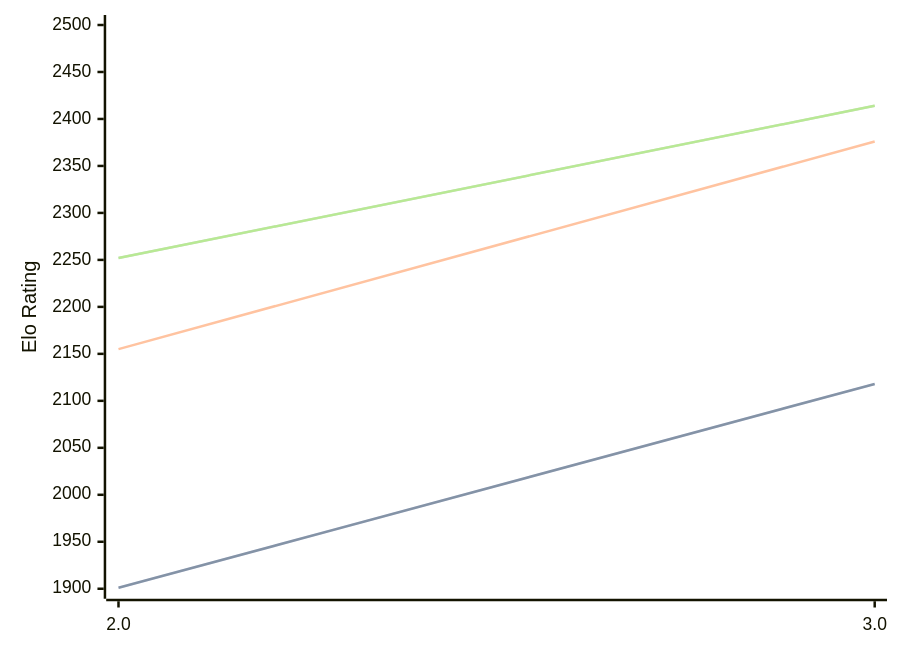
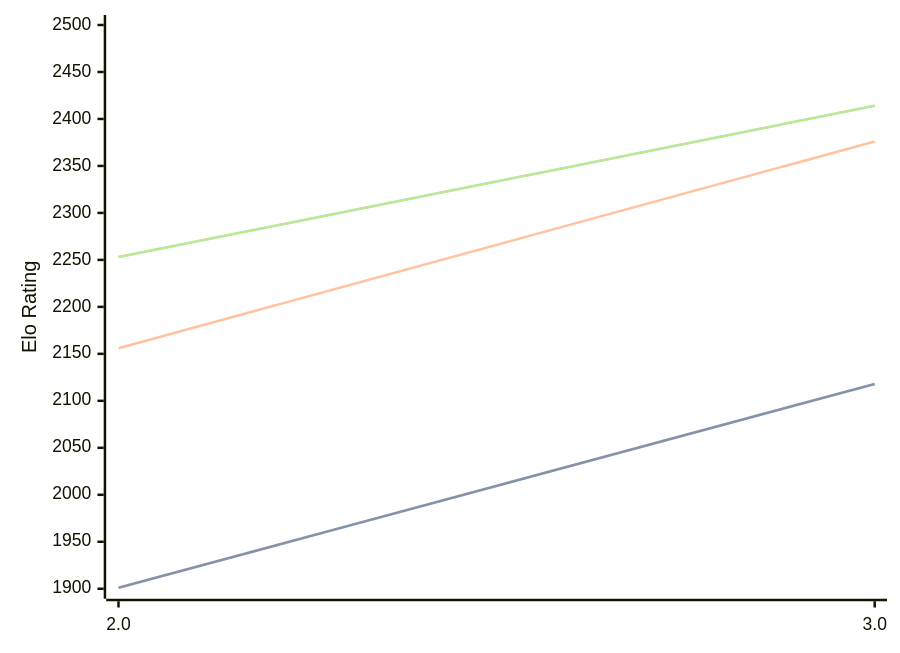
The diagram in engines/Zeno.md (computer-chess-index/cci), drawn with Mermaid before and after one commit. The commit also changed other lines of this file, not shown here.

Commit message:
Update CCI Ratings (ELO VLTC) - 2026-09-06

````diff
--- a/engines/Zeno.md
+++ b/engines/Zeno.md
@@ -32,11 +32,11 @@
 ```mermaid
 %%{init: {"theme":"base","themeVariables":{"seriesColors:['#a3a3a3','#222221','#faa371']}}}%%
 xychart-beta
   x-axis ["2.0", "3.0"]
   y-axis "Elo Rating" 1900 --> 2500
   line "" [1901, 2118]
   line "STC (8.0+0.08s)" [1901, 2118]
-  line "LTC (60.0+0.60s)" [2155, 2376]
-  line "" [2252, 2414]
-  line "VLTC (2m24s+1.12s)" [2252, 2414]
+  line "LTC (60.0+0.60s)" [2156, 2376]
+  line "" [2253, 2414]
+  line "VLTC (2m24s+1.12s)" [2253, 2414]
 ```
````
